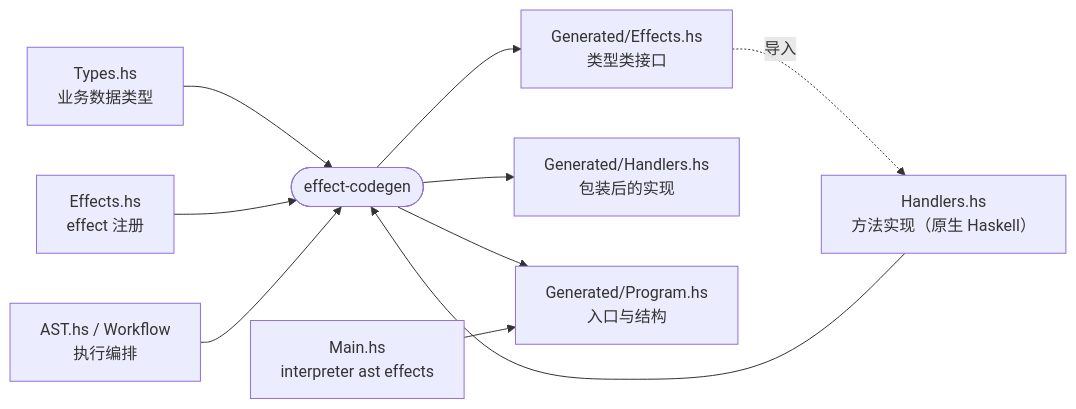
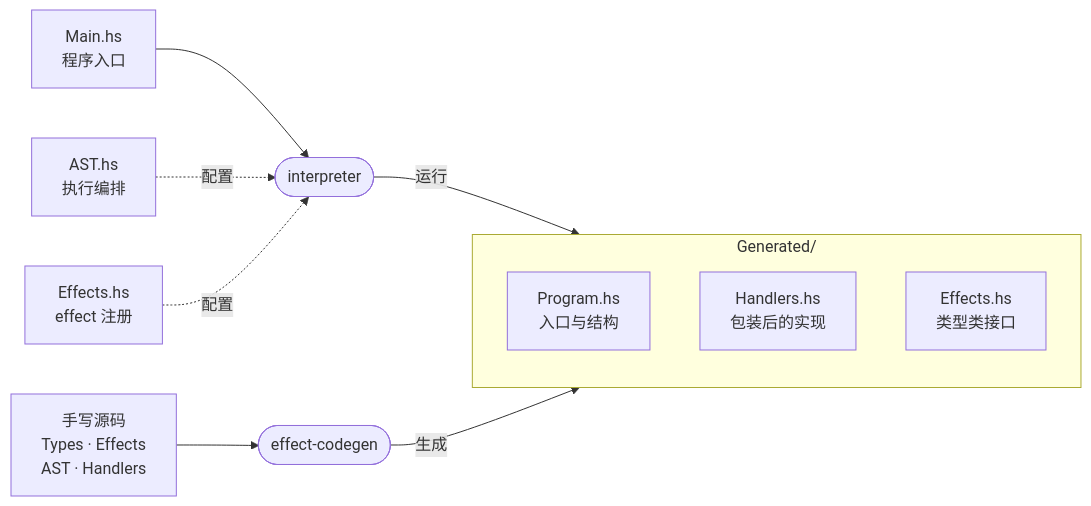
Before and after one commit to cartesianc/algebraic-effect-sys-in-haskell: the diagram in README.md, drawn with Mermaid. The commit also changed other lines of this file, not shown here.

Commit message:
docs: redraw README architecture diagram with Main as the entry point

````diff
--- a/README.md
+++ b/README.md
@@ -43,12 +43,17 @@
 ```mermaid
 flowchart LR
-  T["Types.hs<br/>业务数据类型"] --> C
-  E["Effects.hs<br/>effect 注册"] --> C
-  A["AST.hs / Workflow<br/>执行编排"] --> C
-  H["Handlers.hs<br/>方法实现（原生 Haskell）"] --> C
-  C(["effect-codegen"]) --> GE["Generated/Effects.hs<br/>类型类接口"]
-  C --> GH["Generated/Handlers.hs<br/>包装后的实现"]
-  C --> GP["Generated/Program.hs<br/>入口与结构"]
-  GE -. 导入 .-> H
-  M["Main.hs<br/>interpreter ast effects"] --> GP
+  Main["Main.hs<br/>程序入口"] --> Interp(["interpreter"])
+  AST["AST.hs<br/>执行编排"] -. 配置 .-> Interp
+  Effects["Effects.hs<br/>effect 注册"] -. 配置 .-> Interp
+  Interp -- 运行 --> Generated
+
+  subgraph Generated["Generated/"]
+    direction TB
+    Program["Program.hs<br/>入口与结构"]
+    GenHandlers["Handlers.hs<br/>包装后的实现"]
+    GenEffects["Effects.hs<br/>类型类接口"]
+  end
+
+  Sources["手写源码<br/>Types · Effects<br/>AST · Handlers"] --> Codegen(["effect-codegen"])
+  Codegen -- 生成 --> Generated
 ```
````
